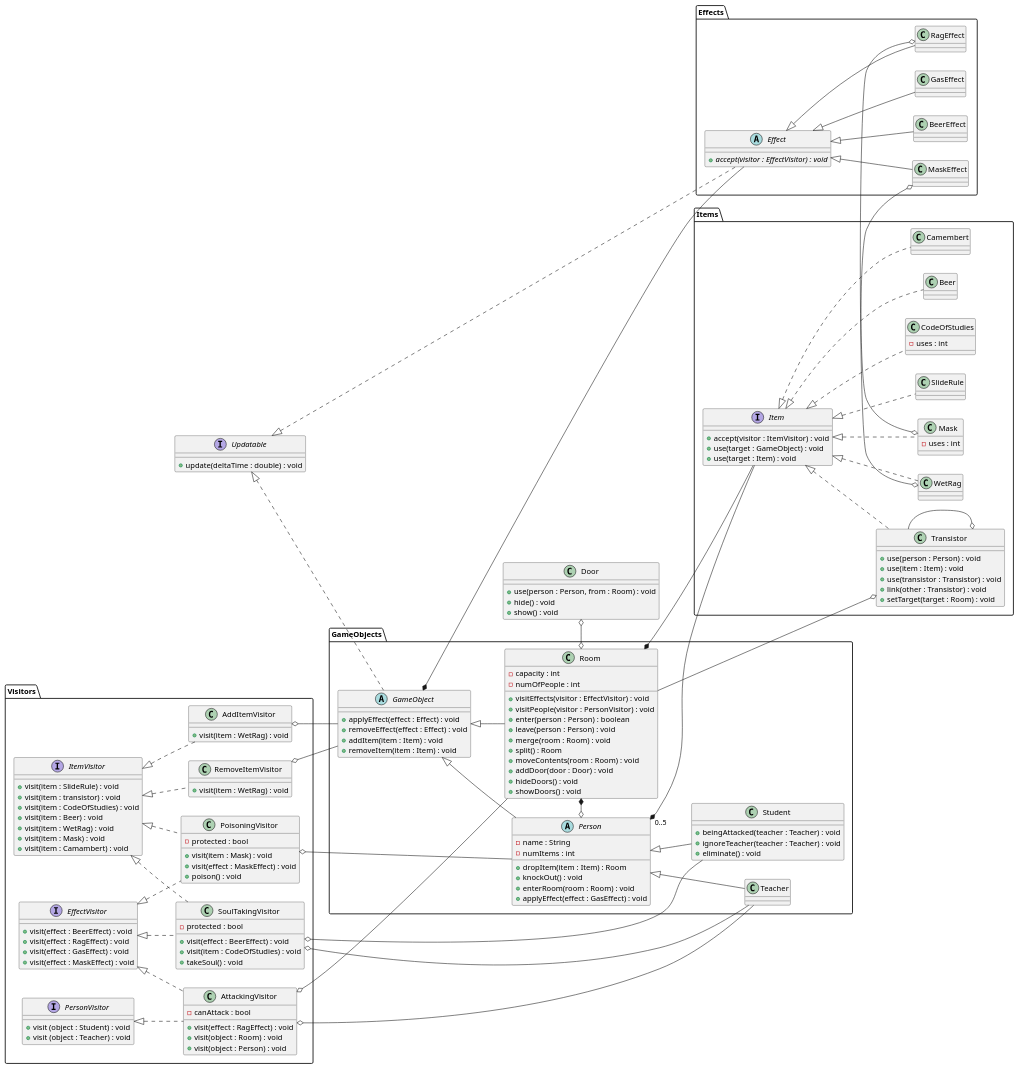
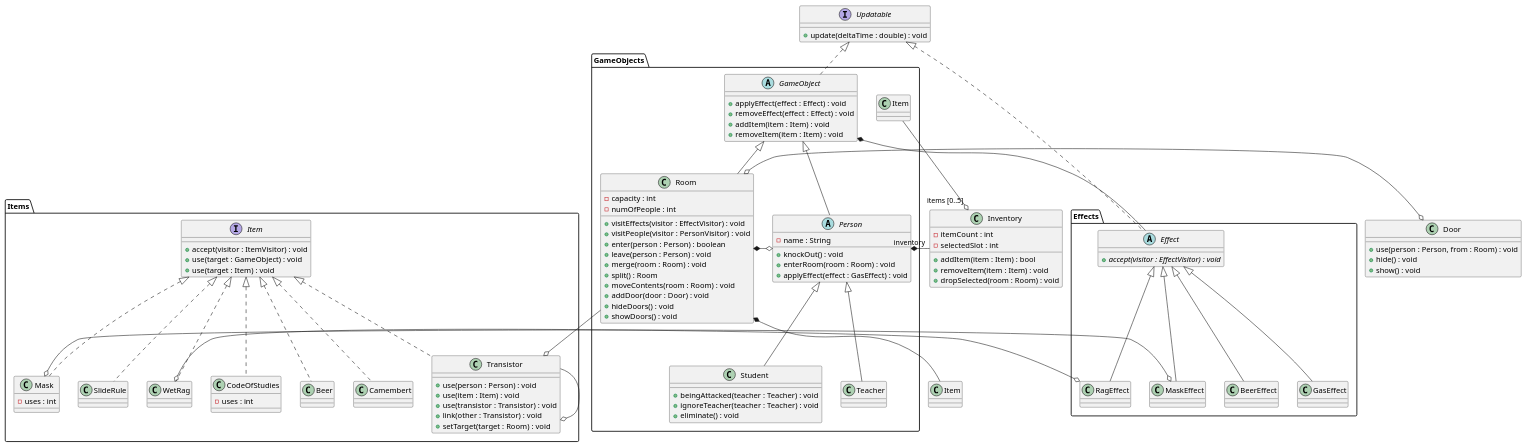
One commit to sn4k3ch4rm3r/logarlec changed the diagram in docs/diagrams/class/overview.puml. Above: the diagram before and after it, drawn with PlantUML.

Commit message:
Reorganise class diagram src & separate inventory from the person

```diff
--- a/docs/diagrams/class/overview.puml
+++ b/docs/diagrams/class/overview.puml
@@ -1,56 +1,23 @@
 @startuml effects
 
-left to right direction
+' left to right direction
 
 interface Updatable {
 	+ update(deltaTime : double) : void
 }
 
-package Visitors {
-	interface EffectVisitor {
-		+ visit(effect : BeerEffect) : void
-		+ visit(effect : RagEffect) : void
-		+ visit(effect : GasEffect) : void
-		+ visit(effect : MaskEffect) : void
-	}
-	interface ItemVisitor {
-		+ visit(item : SlideRule) : void
-		+ visit(item : transistor) : void
-		+ visit(item : CodeOfStudies) : void
-		+ visit(item : Beer) : void
-		+ visit(item : WetRag) : void
-		+ visit(item : Mask) : void
-		+ visit(item : Camambert) : void
-	}
-	interface PersonVisitor {
-		+ visit (object : Student) : void
-		+ visit (object : Teacher) : void
-	}
+class Door {
+	+ use(person : Person, from : Room) : void
+	+ hide() : void
+	+ show() : void
+}
 
-	class SoulTakingVisitor {
-		- protected : bool
-		+ visit(effect : BeerEffect) : void
-		+ visit(item : CodeOfStudies) : void
-		+ takeSoul() : void
-	}
-	class PoisoningVisitor {
-		- protected : bool
-		+ visit(item : Mask) : void
-		+ visit(effect : MaskEffect) : void
-		+ poison() : void
-	}
-	class AttackingVisitor {
-		- canAttack : bool
-		+ visit(effect : RagEffect) : void
-		+ visit(object : Room) : void
-		+ visit(object : Person) : void
-	}
-	class AddItemVisitor {
-		+ visit(item : WetRag) : void
-	}
-	class RemoveItemVisitor {
-		+ visit(item : WetRag) : void
-	}
+class Inventory {
+	- itemCount : int
+	- selectedSlot : int
+	+ addItem(item : Item) : bool
+	+ removeItem(item : Item) : void
+	+ dropSelected(room : Room) : void	
 }
 
 package GameObjects {
@@ -63,8 +30,6 @@
 
 	abstract Person {
 		- name : String
-		- numItems : int
-		+ dropItem(item : Item) : Room
 		+ knockOut() : void
 		+ enterRoom(room : Room) : void
 		+ applyEffect(effect : GasEffect) : void
@@ -93,13 +58,19 @@
 		+ hideDoors() : void
 		+ showDoors() : void
 	}
+	
+	Updatable <|.- GameObject
+	GameObject <|-- Person
+	GameObject <|-- Room
+	Person <|-- Teacher
+	Person <|-- Student
+
+	Room *-o Person
+	Room o-o Door
+	Person "inventory" *- Inventory
+	Inventory "items [0..5]" o-- Item
 }
 
-class Door {
-	+ use(person : Person, from : Room) : void
-	+ hide() : void
-	+ show() : void
-}
 
 package Items {
 	interface Item {
@@ -107,7 +78,9 @@
 		+ use(target : GameObject) : void
 		+ use(target : Item) : void
 	}
+	
 	class SlideRule
+	
 	class Transistor {
 		+ use(person : Person) : void
 		+ use(item : Item) : void
@@ -115,18 +88,35 @@
 		+ link(other : Transistor) : void
 		+ setTarget(target : Room) : void
 	}
+	
 	class CodeOfStudies {
 		- uses : int
 	}
+	
 	class Beer {
 	}
+	
 	class WetRag {
 	}
+	
 	class Mask {
 		- uses : int
 	}
+
 	class Camembert {
 	}
+
+	together {
+		Item <|.- SlideRule
+		Item <|.- Transistor
+		Item <|.- CodeOfStudies
+		Item <|.- Beer
+		Item <|.- WetRag
+		Item <|.- Mask
+		Item <|.- Camembert
+	}
+
+	Transistor --o Transistor
 }
 
 package Effects {
@@ -138,67 +128,22 @@
 	class RagEffect
 	class GasEffect
 	class MaskEffect
+
+	together {
+		Effect <|-- BeerEffect
+		Effect <|-- RagEffect
+		Effect <|-- GasEffect
+		Effect <|-- MaskEffect
+	}
+	
+	Updatable <|.- Effect
 }
-
-together {
-	Effect <|-- BeerEffect
-	Effect <|-- RagEffect
-	Effect <|-- GasEffect
-	Effect <|-- MaskEffect
-}
-
-together {
-	Item <|.- SlideRule
-	Item <|.- Transistor
-	Item <|.- CodeOfStudies
-	Item <|.- Beer
-	Item <|.- WetRag
-	Item <|.- Mask
-	Item <|.- Camembert
-}
-
-Updatable <|.- GameObject
-Updatable <|.- Effect
-GameObject <|-- Person
-GameObject <|-- Room
-Person <|-- Teacher
-Person <|-- Student
 
 
 GameObject *-- Effect
-
-Room *-o Person
 Room *-- Item
 
-Person "0..5" *- Item
-
-ItemVisitor <|.- SoulTakingVisitor
-EffectVisitor <|.- SoulTakingVisitor
-
-ItemVisitor <|.- PoisoningVisitor
-EffectVisitor <|.- PoisoningVisitor
-
-EffectVisitor <|.- AttackingVisitor
-PersonVisitor <|.- AttackingVisitor
-
-ItemVisitor <|.- AddItemVisitor
-ItemVisitor <|.- RemoveItemVisitor
-
-Transistor --o Transistor
 Room --o Transistor
-
-SoulTakingVisitor o-- Teacher
-SoulTakingVisitor o-- Student
-
-PoisoningVisitor o-- Person
-
-AttackingVisitor o-- Teacher
-AttackingVisitor o-- Room
-
-AddItemVisitor o-- GameObject
-RemoveItemVisitor o-- GameObject
-
-Room o-o Door
 
 WetRag o-o RagEffect
 Mask o-o MaskEffect
```
